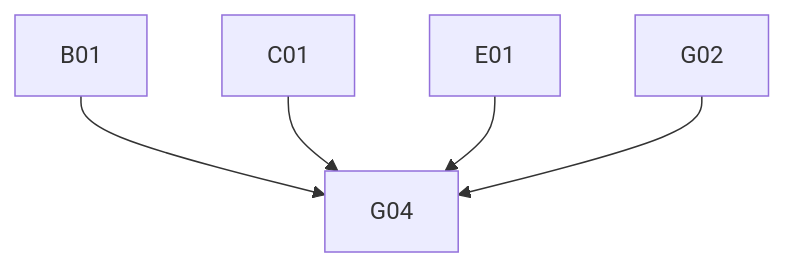
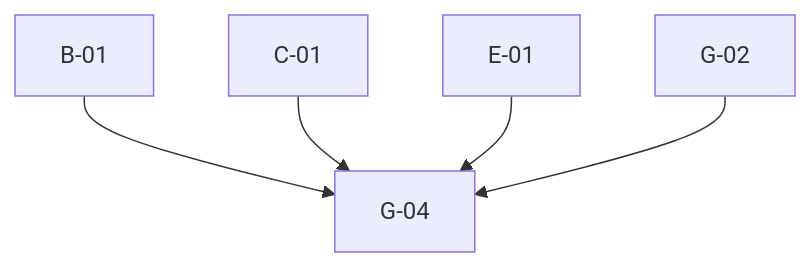
One commit to SarithaMathai/migration changed the diagram in output/initial-analysis/watchlist/04-stories.md. Above: the diagram before and after it, drawn with Mermaid. The commit also changed other lines of this file and 151 other files, not shown here.

````diff
--- a/output/initial-analysis/watchlist/04-stories.md
+++ b/output/initial-analysis/watchlist/04-stories.md
@@ -24,4 +24,4 @@
 ```mermaid
 graph TD
-  B01 & C01 & E01 & G02 --> G04
+  B01["B-01"] & C01["C-01"] & E01["E-01"] & G02["G-02"] --> G04["G-04"]
 ```
````
